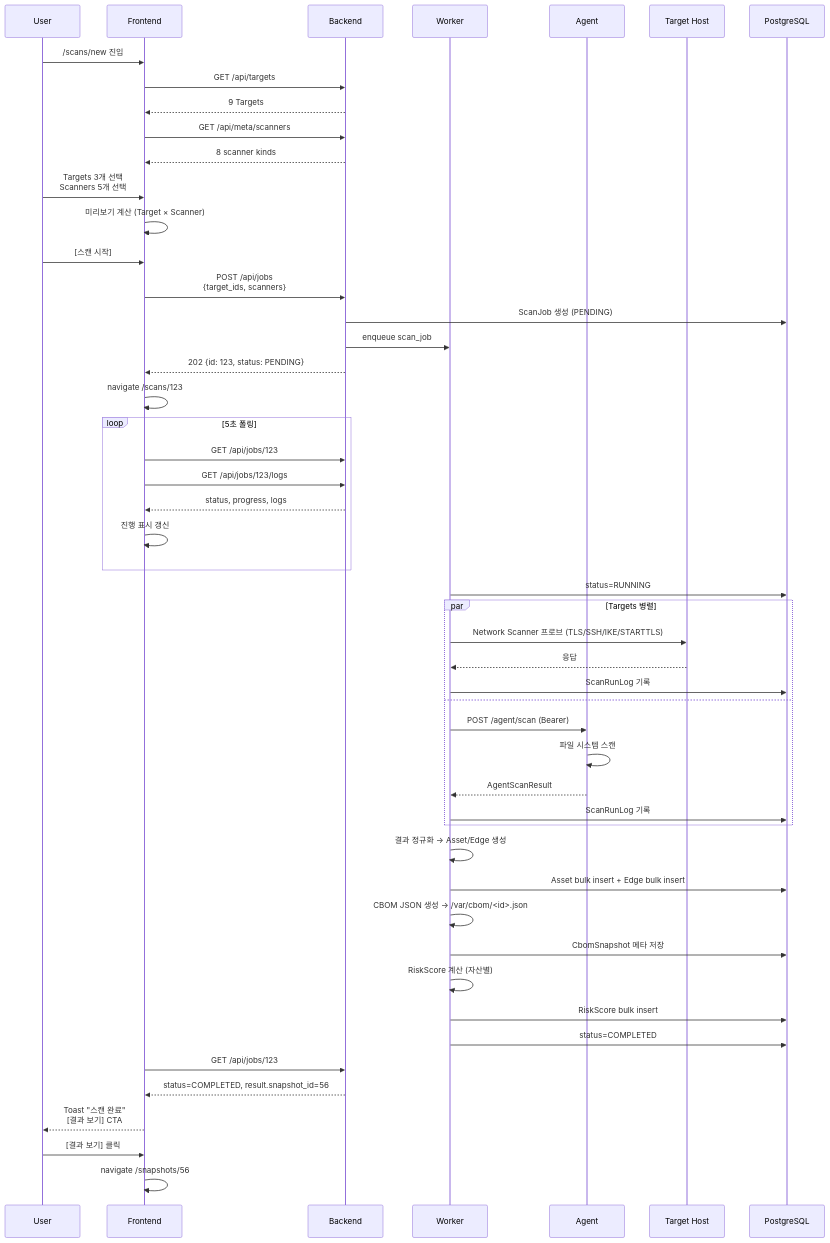
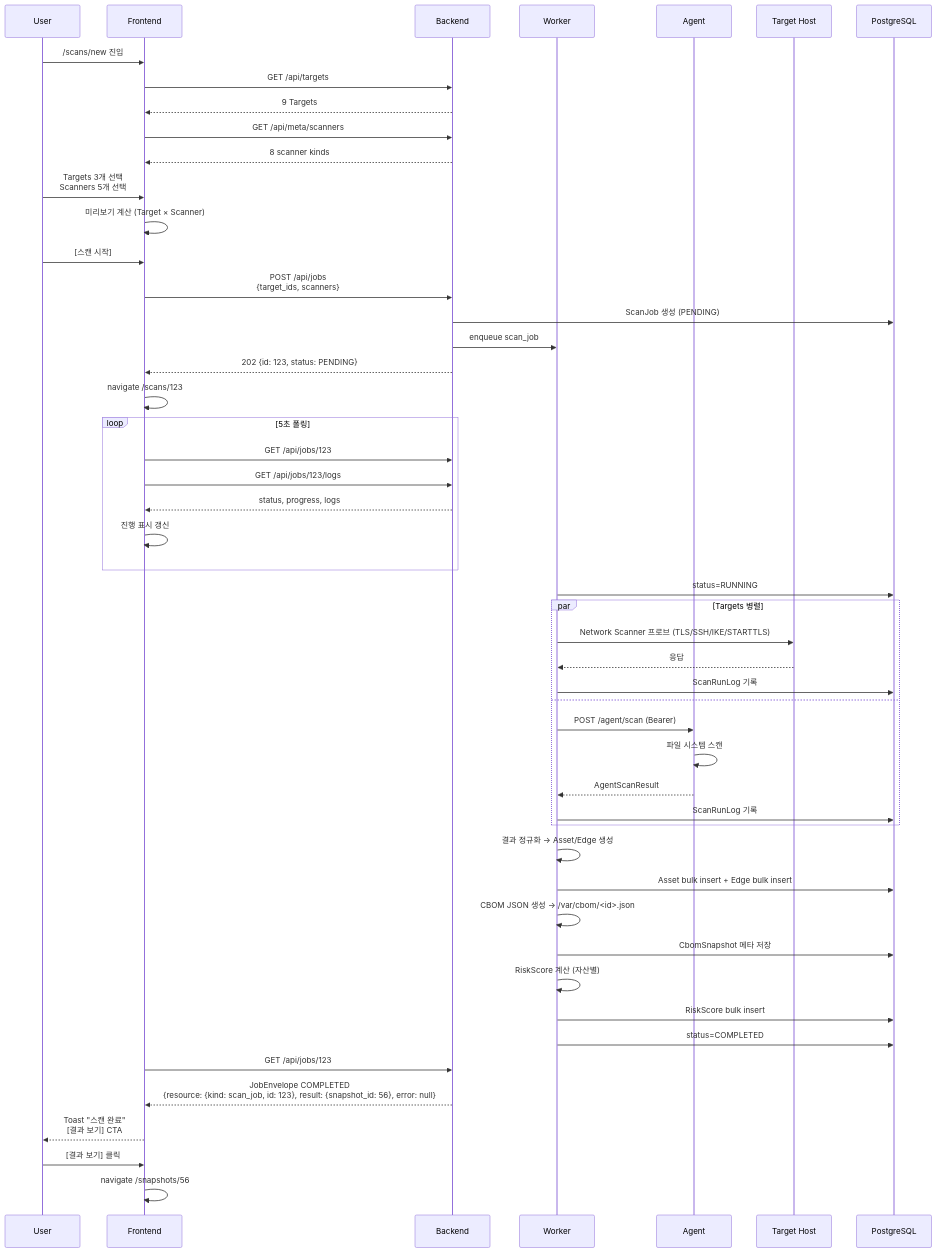
Before and after one commit to ehdgks0627/crypto-scanner: the fourth of 11 diagrams in docs/10-ux-flows.md, drawn with Mermaid. The commit also changed other lines of this file and 41 other files, not shown here.

````diff
--- a/docs/10-ux-flows.md
+++ b/docs/10-ux-flows.md
@@ -171,56 +171,56 @@
 ```mermaid
 sequenceDiagram
     participant U as User
     participant F as Frontend
     participant B as Backend
     participant W as Worker
     participant A as Agent
     participant T as Target Host
     participant DB as PostgreSQL
 
     U->>F: /scans/new 진입
     F->>B: GET /api/targets
     B-->>F: 9 Targets
     F->>B: GET /api/meta/scanners
     B-->>F: 8 scanner kinds
     U->>F: Targets 3개 선택<br/>Scanners 5개 선택
     F->>F: 미리보기 계산 (Target × Scanner)
     U->>F: [스캔 시작]
     F->>B: POST /api/jobs<br/>{target_ids, scanners}
     B->>DB: ScanJob 생성 (PENDING)
     B->>W: enqueue scan_job
     B-->>F: 202 {id: 123, status: PENDING}
     F->>F: navigate /scans/123
 
     loop 5초 폴링
         F->>B: GET /api/jobs/123
         F->>B: GET /api/jobs/123/logs
         B-->>F: status, progress, logs
         F->>F: 진행 표시 갱신
     end
 
     W->>DB: status=RUNNING
     par Targets 병렬
         W->>T: Network Scanner 프로브 (TLS/SSH/IKE/STARTTLS)
         T-->>W: 응답
         W->>DB: ScanRunLog 기록
     and
         W->>A: POST /agent/scan (Bearer)
         A->>A: 파일 시스템 스캔
         A-->>W: AgentScanResult
         W->>DB: ScanRunLog 기록
     end
     W->>W: 결과 정규화 → Asset/Edge 생성
     W->>DB: Asset bulk insert + Edge bulk insert
     W->>W: CBOM JSON 생성 → /var/cbom/<id>.json
     W->>DB: CbomSnapshot 메타 저장
     W->>W: RiskScore 계산 (자산별)
     W->>DB: RiskScore bulk insert
     W->>DB: status=COMPLETED
 
     F->>B: GET /api/jobs/123
-    B-->>F: status=COMPLETED, result.snapshot_id=56
+    B-->>F: JobEnvelope COMPLETED<br/>{resource: {kind: scan_job, id: 123}, result: {snapshot_id: 56}, error: null}
     F-->>U: Toast "스캔 완료"<br/>[결과 보기] CTA
     U->>F: [결과 보기] 클릭
     F->>F: navigate /snapshots/56
 ```
````
